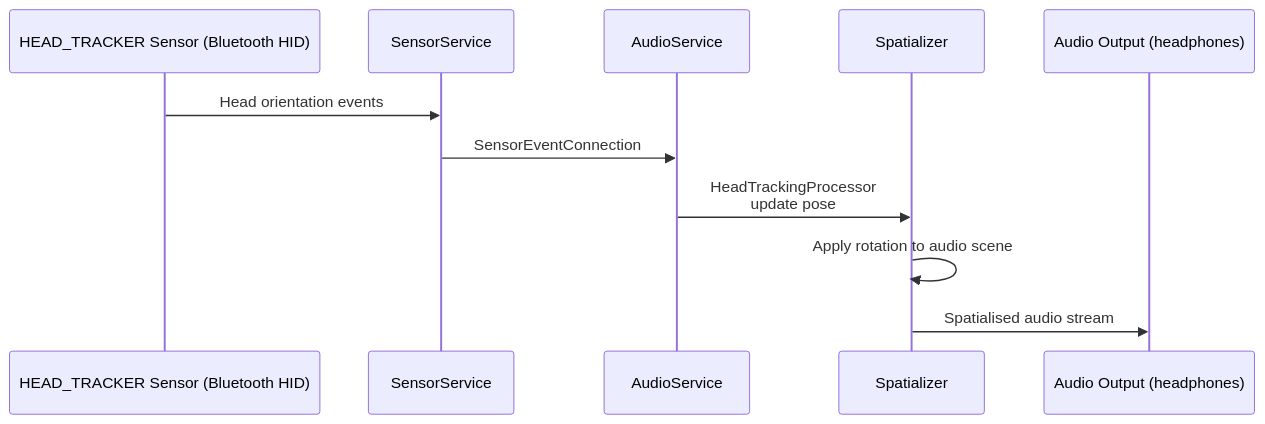
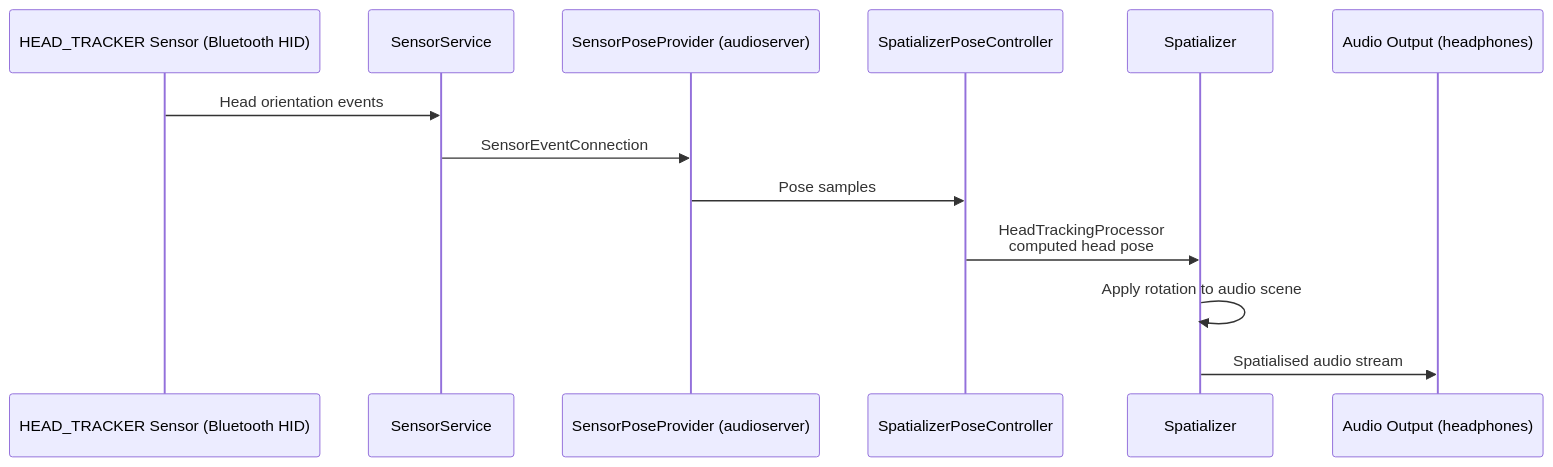
One commit to aospbooks/aosp-internal-book changed diagram 20 of 24 in agents/claude/skills/aosp-native-services-and-media/17-sensors.md. Above: the diagram before and after it, drawn with Mermaid. The commit also changed other lines of this file and 218 other files, not shown here.

````diff
--- a/agents/claude/skills/aosp-native-services-and-media/17-sensors.md
+++ b/agents/claude/skills/aosp-native-services-and-media/17-sensors.md
@@ -1459,14 +1512,16 @@
 ```mermaid
 sequenceDiagram
     participant HT as HEAD_TRACKER Sensor (Bluetooth HID)
     participant SS as SensorService
-    participant AS as AudioService
+    participant SPP as SensorPoseProvider (audioserver)
+    participant SPC as SpatializerPoseController
     participant SP as Spatializer
     participant OUT as Audio Output (headphones)
 
     HT->>SS: Head orientation events
-    SS->>AS: SensorEventConnection
-    AS->>SP: HeadTrackingProcessor<br/>update pose
+    SS->>SPP: SensorEventConnection
+    SPP->>SPC: Pose samples
+    SPC->>SP: HeadTrackingProcessor<br/>computed head pose
     SP->>SP: Apply rotation to audio scene
     SP->>OUT: Spatialised audio stream
 ```
````
